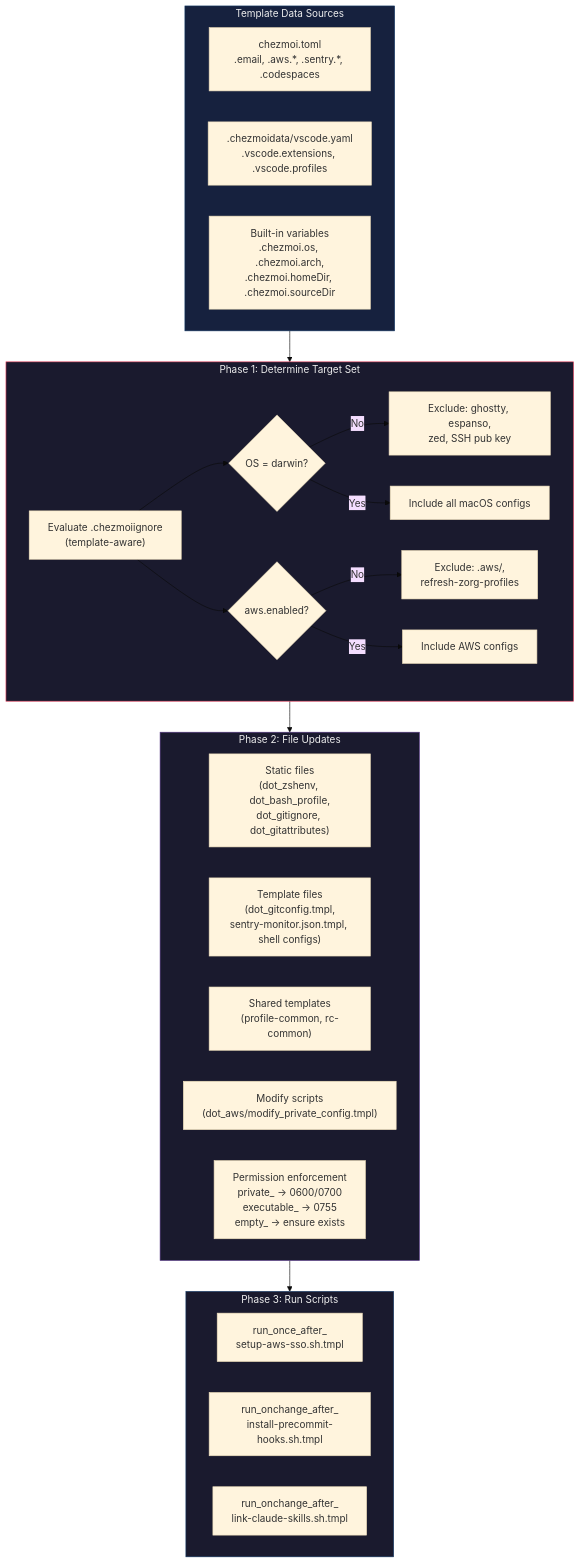
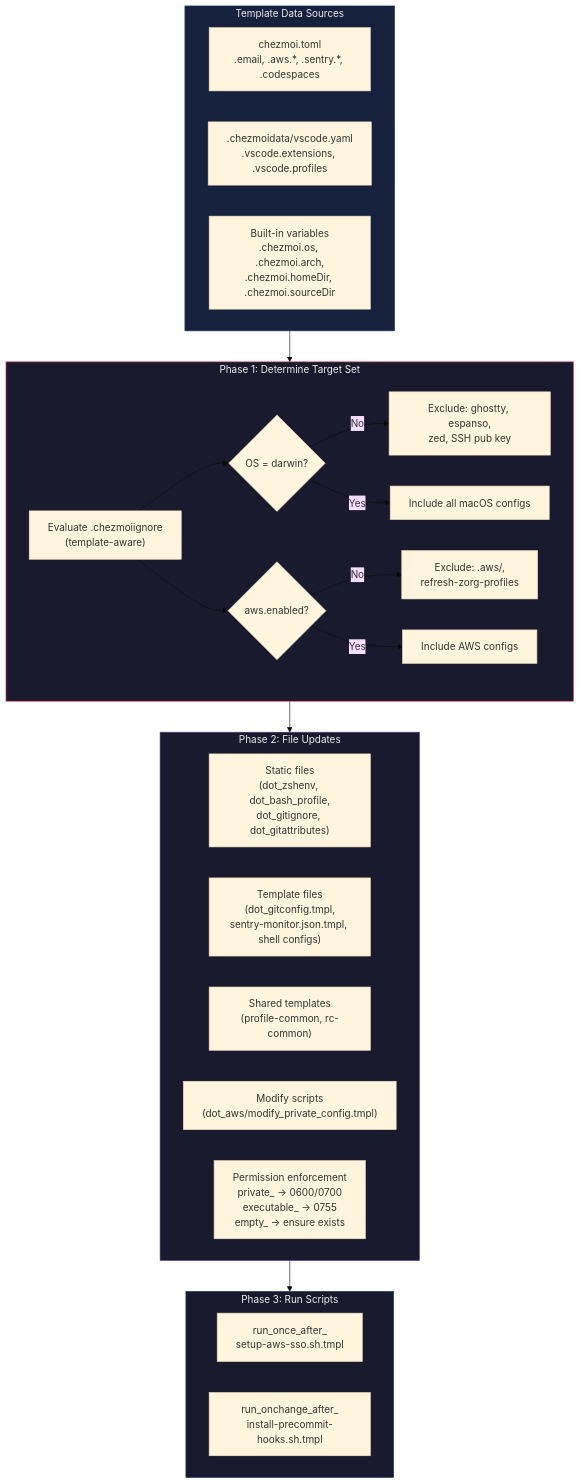
The diagram in docs/diagrams/03-apply.md (gillisandrew/dotfiles), drawn with Mermaid (base theme) before and after one commit. The commit also changed 32 other files, not shown here.

First line of the commit message:
feat(claude): install skills from claude-kit plugin instead of symlink

````diff
--- a/docs/diagrams/03-apply.md
+++ b/docs/diagrams/03-apply.md
@@ -5,41 +5,40 @@
 ```mermaid
 flowchart TD
     subgraph data ["Template Data Sources"]
         TD1["chezmoi.toml<br/>.email, .aws.*, .sentry.*, .codespaces"]
         TD2[".chezmoidata/vscode.yaml<br/>.vscode.extensions, .vscode.profiles"]
         TD3["Built-in variables<br/>.chezmoi.os, .chezmoi.arch,<br/>.chezmoi.homeDir, .chezmoi.sourceDir"]
     end
 
     subgraph phase1 ["Phase 1: Determine Target Set"]
         A["Evaluate .chezmoiignore<br/>(template-aware)"]
         A --> B{"OS = darwin?"}
         B -- No --> C["Exclude: ghostty, espanso,<br/>zed, SSH pub key"]
         B -- Yes --> D["Include all macOS configs"]
         A --> E{"aws.enabled?"}
         E -- No --> F["Exclude: .aws/,<br/>refresh-zorg-profiles"]
         E -- Yes --> G["Include AWS configs"]
     end
 
     subgraph phase2 ["Phase 2: File Updates"]
         H["Static files<br/>(dot_zshenv, dot_bash_profile,<br/>dot_gitignore, dot_gitattributes)"]
         I["Template files<br/>(dot_gitconfig.tmpl,<br/>sentry-monitor.json.tmpl, shell configs)"]
         J["Shared templates<br/>(profile-common, rc-common)"]
         K["Modify scripts<br/>(dot_aws/modify_private_config.tmpl)"]
         L["Permission enforcement<br/>private_ → 0600/0700<br/>executable_ → 0755<br/>empty_ → ensure exists"]
     end
 
     subgraph phase3 ["Phase 3: Run Scripts"]
         M["run_once_after_<br/>setup-aws-sso.sh.tmpl"]
         N["run_onchange_after_<br/>install-precommit-hooks.sh.tmpl"]
-        O["run_onchange_after_<br/>link-claude-skills.sh.tmpl"]
     end
 
     data --> phase1
     phase1 --> phase2
     phase2 --> phase3
 
     style data fill:#16213e,stroke:#0f3460,color:#eee
     style phase1 fill:#1a1a2e,stroke:#e94560,color:#eee
     style phase2 fill:#1a1a2e,stroke:#533483,color:#eee
     style phase3 fill:#1a1a2e,stroke:#0f3460,color:#eee
 ```
````
